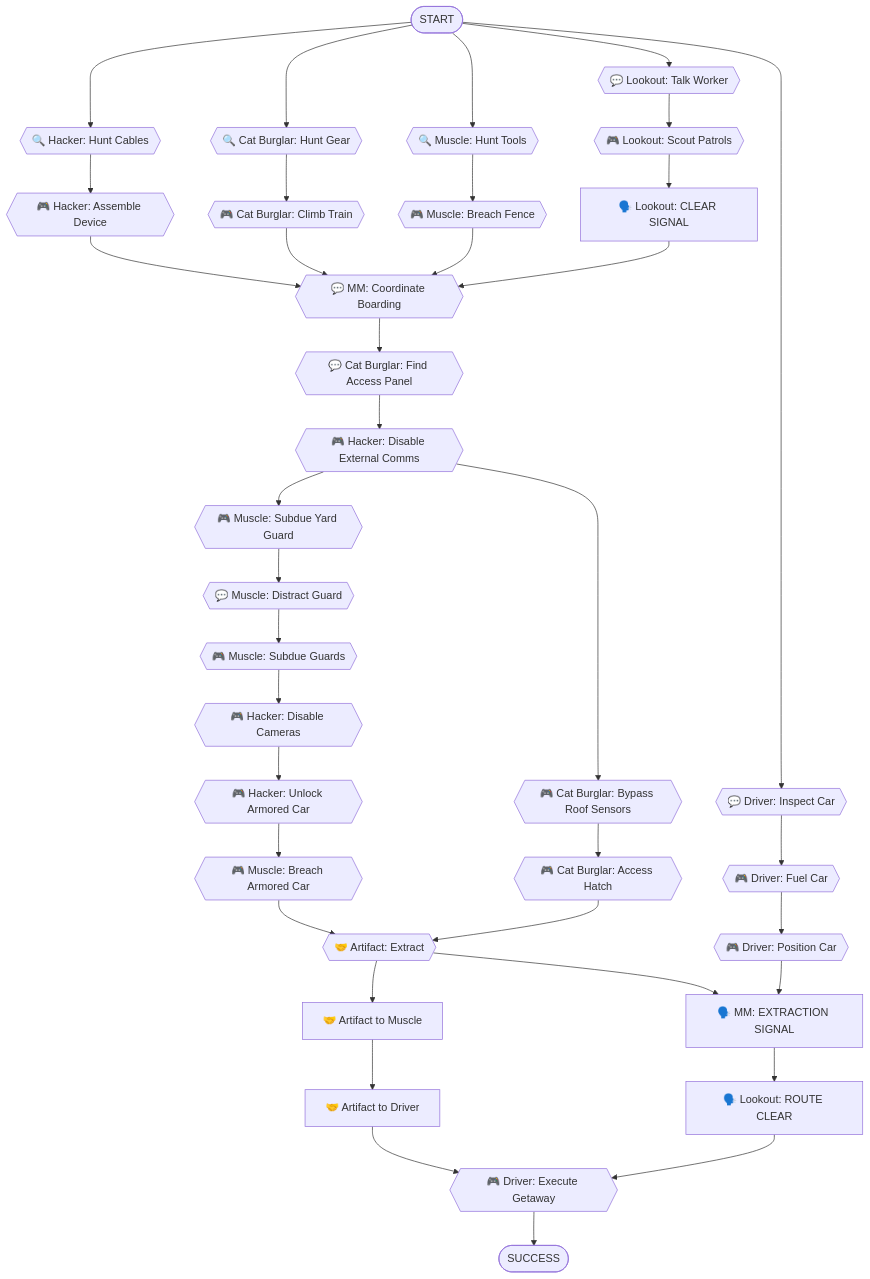
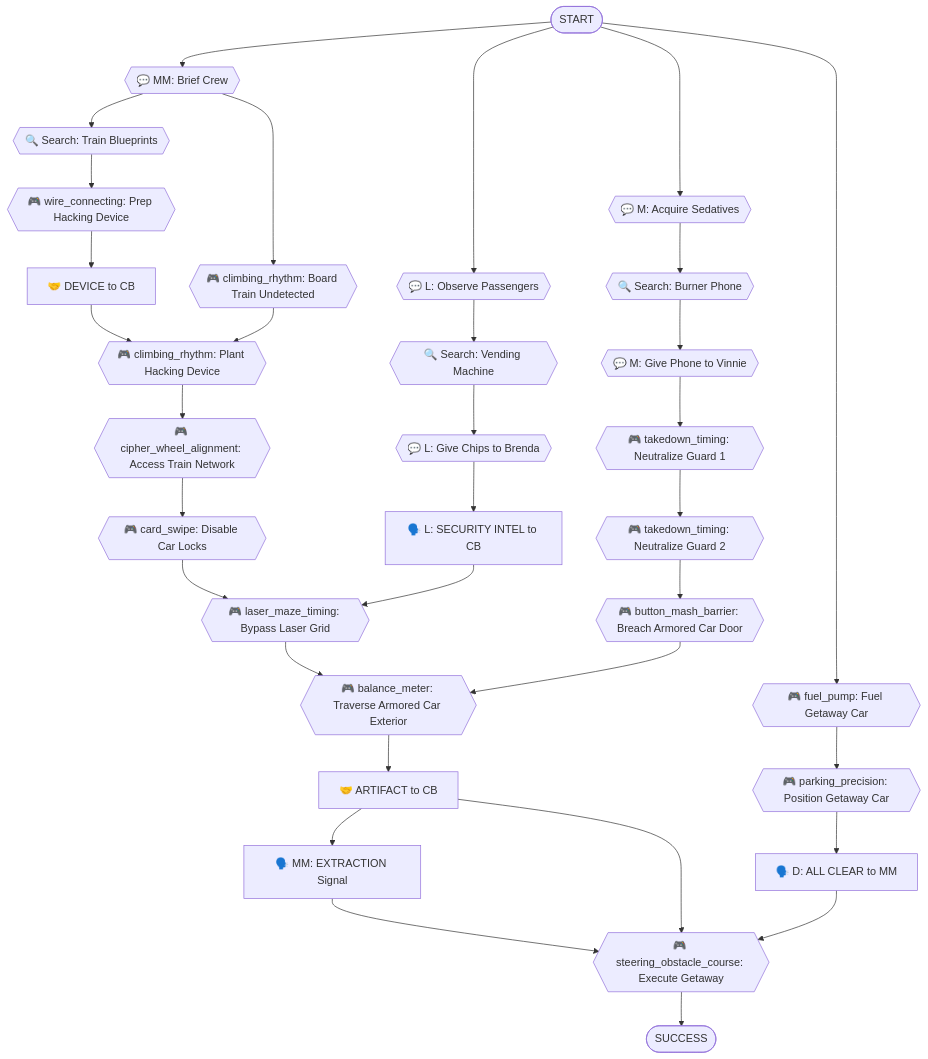
One commit to barrand/TheHeist changed the second of 2 diagrams in examples/generated_train_6players.md. Above: the diagram before and after it, drawn with Mermaid. The commit also changed other lines of this file and 2 other files, not shown here.

First line of the commit message:
Fix Mermaid diagram syntax in generated experiences

````diff
--- a/examples/generated_train_6players.md
+++ b/examples/generated_train_6players.md
@@ -459,57 +452,48 @@
 ```mermaid
 flowchart TD
     START([START])
-
-    START --> H1{{🔍 Hacker: Hunt Cables}}
-    H1 --> H2{{🎮 Hacker: Assemble Device}}
-
-    START --> CB1{{🔍 Cat Burglar: Hunt Gear}}
-    CB1 --> CB2{{🎮 Cat Burglar: Climb Train}}
-
-    START --> M1{{🔍 Muscle: Hunt Tools}}
-    M1 --> M2{{🎮 Muscle: Breach Fence}}
-
-    START --> L1{{💬 Lookout: Talk Worker}}
-    L1 --> L2{{🎮 Lookout: Scout Patrols}}
-    L2 --> L3[🗣️ Lookout: CLEAR SIGNAL]
-
-    H2 --> MM1{{💬 MM: Coordinate Boarding}}
-    CB2 --> MM1
-    M2 --> MM1
-    L3 --> MM1
-
-    MM1 --> CB3{{💬 Cat Burglar: Find Access Panel}}
-    CB3 --> H3{{🎮 Hacker: Disable External Comms}}
-
-    H3 --> M3{{🎮 Muscle: Subdue Yard Guard}}
-    M3 --> M4{{💬 Muscle: Distract Guard}}
-    M4 --> M5{{🎮 Muscle: Subdue Guards}}
-
-    M5 --> H4{{🎮 Hacker: Disable Cameras}}
-    H4 --> H5{{🎮 Hacker: Unlock Armored Car}}
-
-    H5 --> M6{{🎮 Muscle: Breach Armored Car}}
-
-    H3 --> CB4{{🎮 Cat Burglar: Bypass Roof Sensors}}
-    CB4 --> CB5{{🎮 Cat Burglar: Access Hatch}}
-
-    M6 --> CB6{{🤝 Artifact: Extract}}
-    CB5 --> CB6
-
-    CB6 --> M7[🤝 Artifact to Muscle]
-    M7 --> D1[🤝 Artifact to Driver]
-
-    START --> D2{{💬 Driver: Inspect Car}}
-    D2 --> D3{{🎮 Driver: Fuel Car}}
-    D3 --> D4{{🎮 Driver: Position Car}}
-
-    CB6 --> MM2[🗣️ MM: EXTRACTION SIGNAL]
-    D4 --> MM2
-
-    MM2 --> L4[🗣️ Lookout: ROUTE CLEAR]
-
-    D1 --> D5{{🎮 Driver: Execute Getaway}}
-    L4 --> D5
-
-    D5 --> SUCCESS([SUCCESS])
+    
+    START --> MM1{{💬 MM: Brief Crew}}
+    
+    MM1 --> H1{{🔍 Search: Train Blueprints}}
+    H1 --> H2{{🎮 wire_connecting: Prep Hacking Device}}
+    H2 --> H3[🤝 DEVICE to CB]
+    
+    MM1 --> CB1{{🎮 climbing_rhythm: Board Train Undetected}}
+    H3 --> CB2{{🎮 climbing_rhythm: Plant Hacking Device}}
+    CB1 --> CB2
+    
+    CB2 --> H4{{🎮 cipher_wheel_alignment: Access Train Network}}
+    H4 --> H5{{🎮 card_swipe: Disable Car Locks}}
+    
+    START --> L1{{💬 L: Observe Passengers}}
+    L1 --> L2{{🔍 Search: Vending Machine}}
+    L2 --> L3{{💬 L: Give Chips to Brenda}}
+    L3 --> L4[🗣️ L: SECURITY INTEL to CB]
+    
+    H5 --> CB3{{🎮 laser_maze_timing: Bypass Laser Grid}}
+    L4 --> CB3
+    
+    START --> M1{{💬 M: Acquire Sedatives}}
+    M1 --> M2{{🔍 Search: Burner Phone}}
+    M2 --> M3{{💬 M: Give Phone to Vinnie}}
+    M3 --> M4{{🎮 takedown_timing: Neutralize Guard 1}}
+    M4 --> M5{{🎮 takedown_timing: Neutralize Guard 2}}
+    M5 --> M6{{🎮 button_mash_barrier: Breach Armored Car Door}}
+    
+    CB3 --> CB4{{🎮 balance_meter: Traverse Armored Car Exterior}}
+    M6 --> CB4
+    
+    CB4 --> CB5[🤝 ARTIFACT to CB]
+    CB5 --> MM2[🗣️ MM: EXTRACTION Signal]
+    
+    START --> D1{{🎮 fuel_pump: Fuel Getaway Car}}
+    D1 --> D2{{🎮 parking_precision: Position Getaway Car}}
+    D2 --> D3[🗣️ D: ALL CLEAR to MM]
+    
+    MM2 --> D4{{🎮 steering_obstacle_course: Execute Getaway}}
+    CB5 --> D4
+    D3 --> D4
+    
+    D4 --> SUCCESS([SUCCESS])
 ```
````
